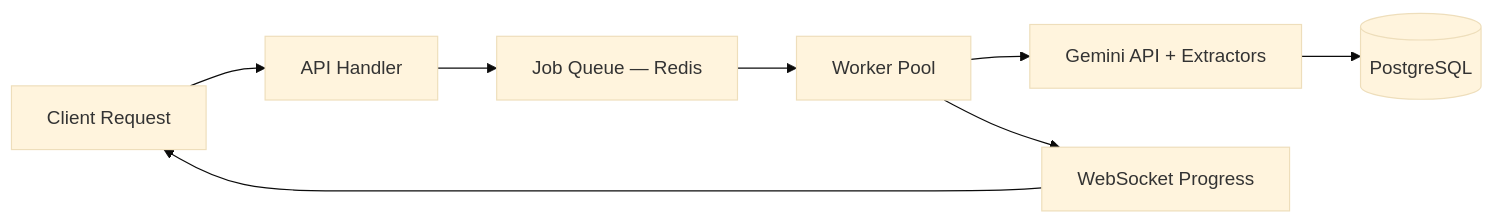
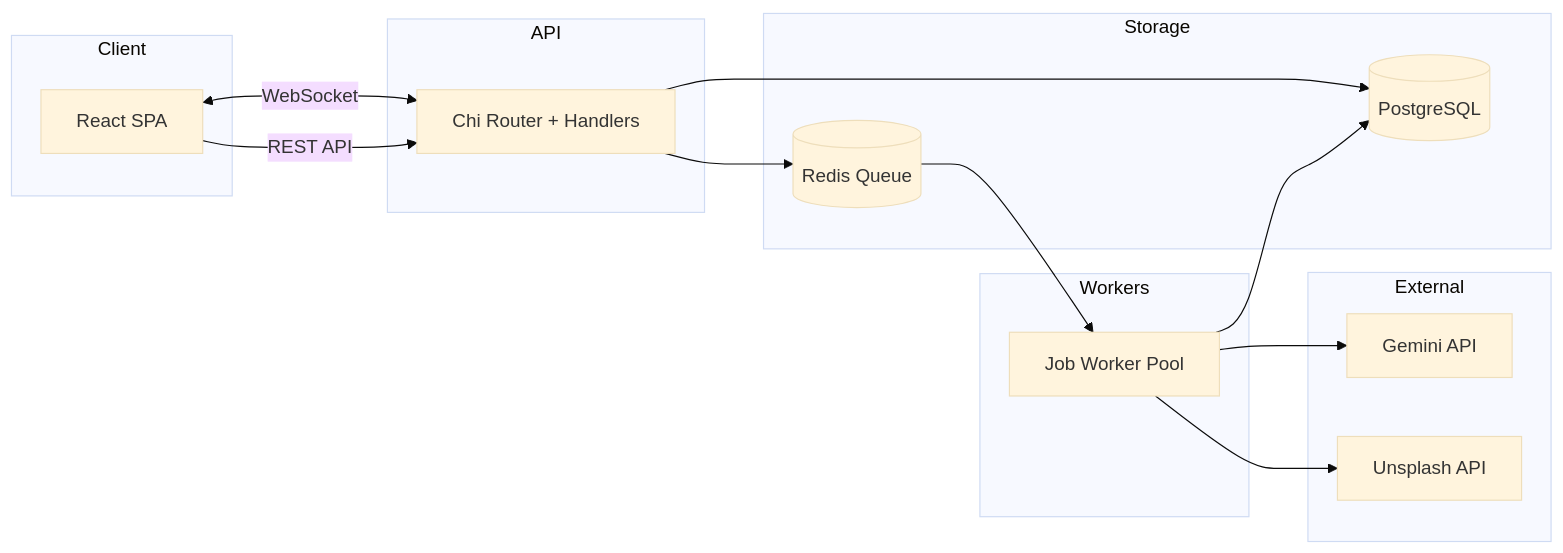
Before and after one commit to asanaliwhy/AI-Lecture-summarizer-with-learning-activities: the second of 2 diagrams in README.md, drawn with Mermaid (base theme). The commit also changed other lines of this file, not shown here.

Commit message:
docs: polish README to production quality with badges, architecture diagram, and improved layout

````diff
--- a/README.md
+++ b/README.md
@@ -232,10 +228,29 @@
 ```mermaid
 flowchart LR
-  A[Client Request] --> B[API Handler]
-  B --> C[Job Queue — Redis]
-  C --> D[Worker Pool]
-  D --> E[Gemini API + Extractors]
-  E --> F[(PostgreSQL)]
-  D --> G[WebSocket Progress]
-  G --> A
+  subgraph Client
+    A[React SPA]
+  end
+  subgraph API
+    B[Chi Router + Handlers]
+  end
+  subgraph Workers
+    D[Job Worker Pool]
+  end
+  subgraph Storage
+    F[(PostgreSQL)]
+    G[(Redis Queue)]
+  end
+  subgraph External
+    E[Gemini API]
+    U[Unsplash API]
+  end
+
+  A -- "REST API" --> B
+  A <-- "WebSocket" --> B
+  B --> G
+  G --> D
+  D --> E
+  D --> U
+  D --> F
+  B --> F
 ```
````
